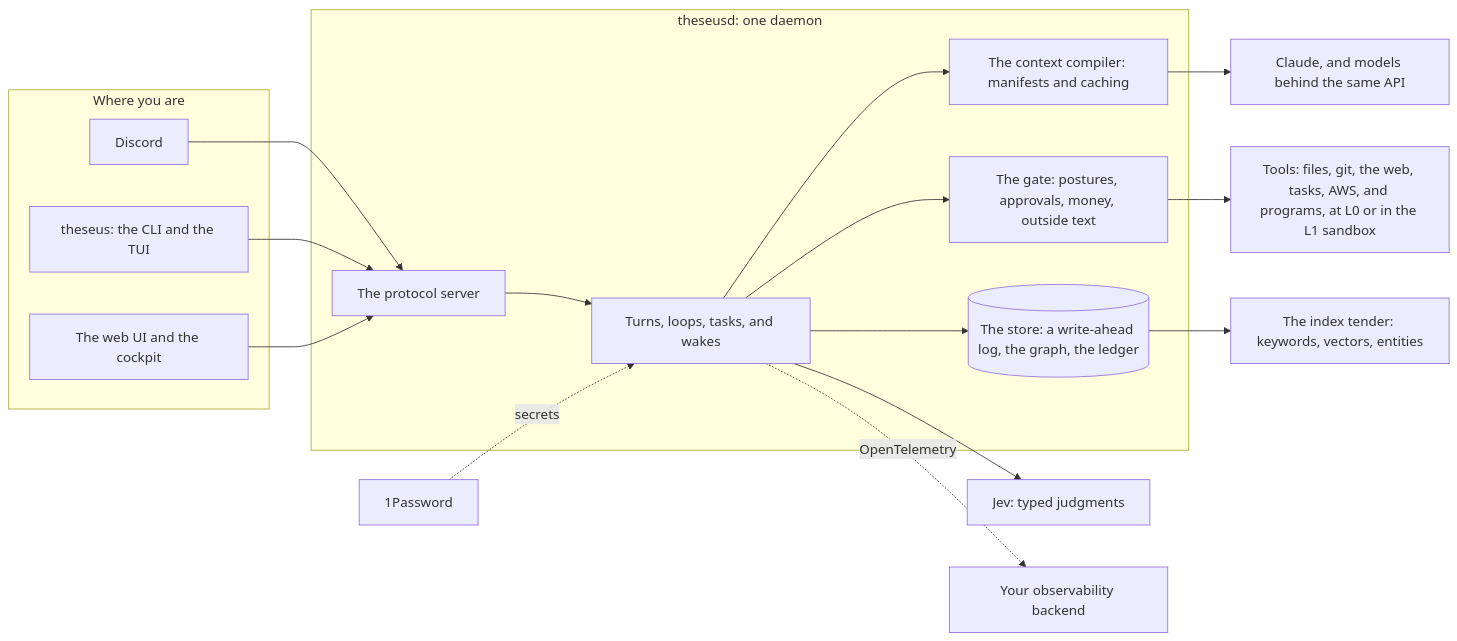
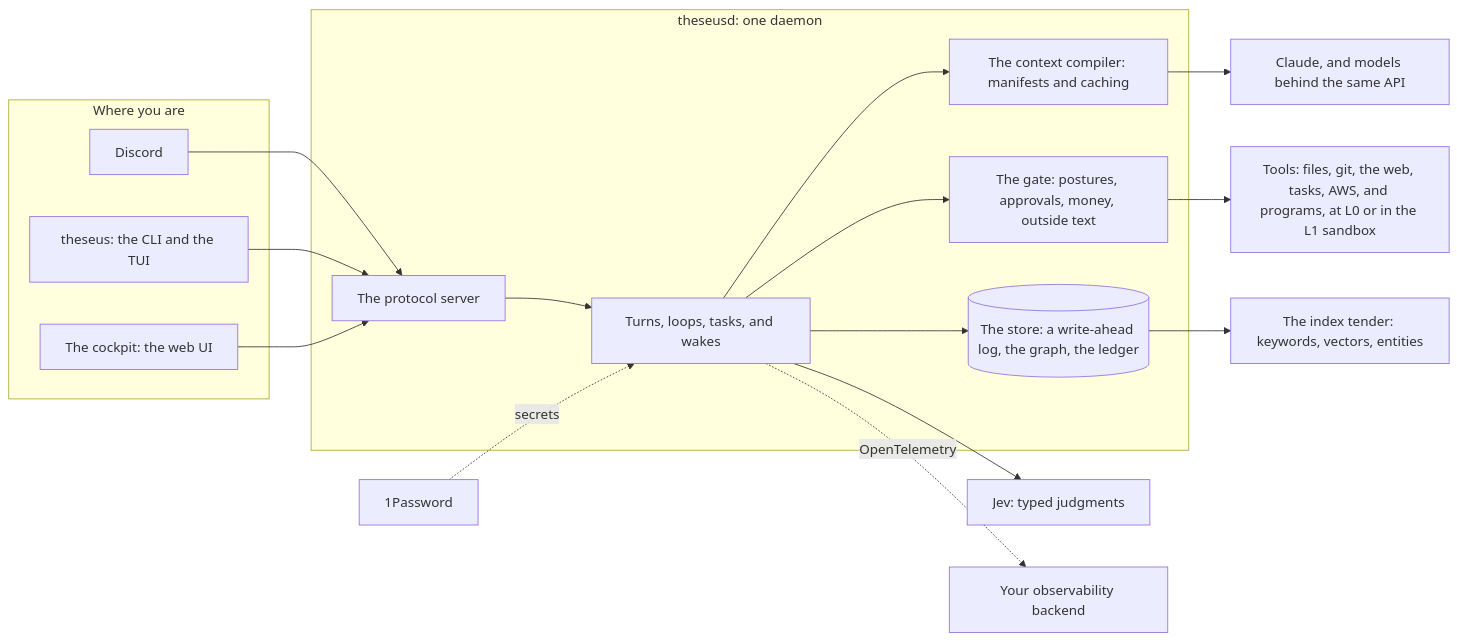
Before and after one commit to zeroaltitude/theseus: the diagram in README.md, drawn with Mermaid. The commit also changed other lines of this file and 249 other files, not shown here.

First line of the commit message:
web: the cockpit serves at /, and the Observatory retires; web/ is deleted (theseus-vm3n.6)

````diff
--- a/README.md
+++ b/README.md
@@ -65,28 +65,28 @@
 ```mermaid
 flowchart LR
   subgraph where["Where you are"]
     dc["Discord"]
     cl["theseus: the CLI and the TUI"]
-    wb["The web UI and the cockpit"]
+    wb["The cockpit: the web UI"]
   end
   subgraph dmn["theseusd: one daemon"]
     proto["The protocol server"]
     turns["Turns, loops, tasks, and wakes"]
     ctx["The context compiler: manifests and caching"]
     guard["The gate: postures, approvals, money, outside text"]
     st[("The store: a write-ahead log, the graph, the ledger")]
   end
   dc --> proto
   cl --> proto
   wb --> proto
   proto --> turns
   turns --> ctx
   ctx --> mdl["Claude, and models behind the same API"]
   turns --> jv["Jev: typed judgments"]
   turns --> guard
   guard --> tl["Tools: files, git, the web, tasks, AWS, and programs, at L0 or in the L1 sandbox"]
   turns --> st
   st --> ix["The index tender: keywords, vectors, entities"]
   op1["1Password"] -.->|secrets| turns
   turns -.->|OpenTelemetry| ot["Your observability backend"]
 ```
````
